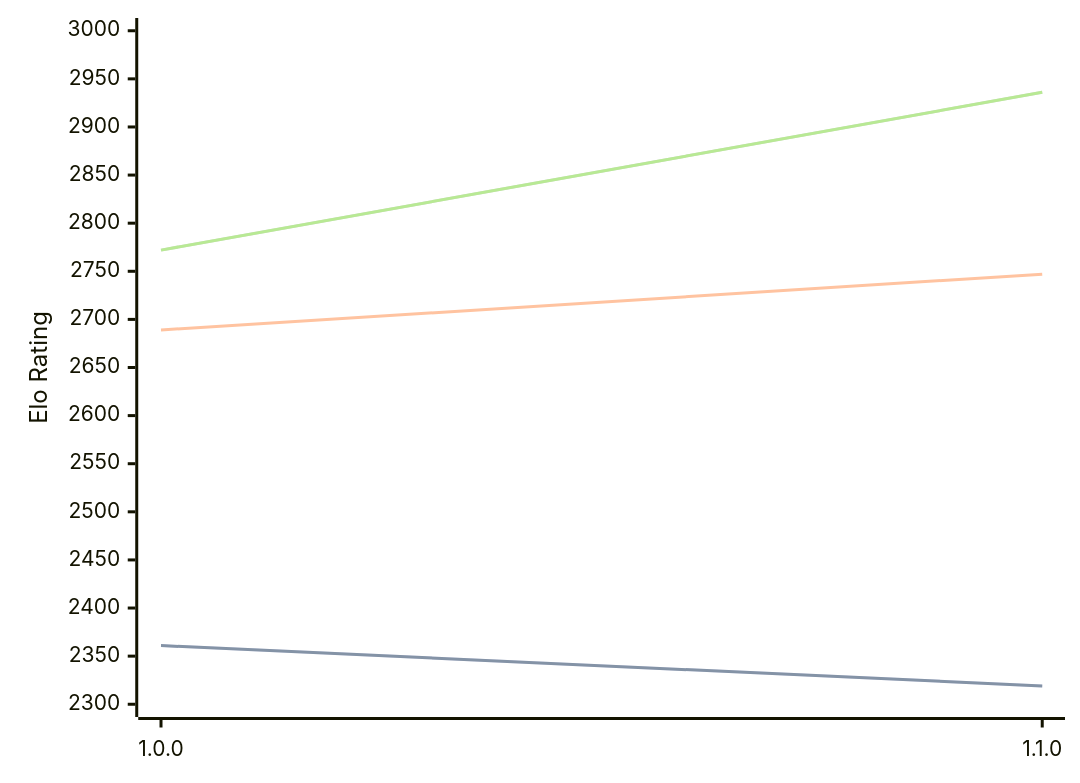
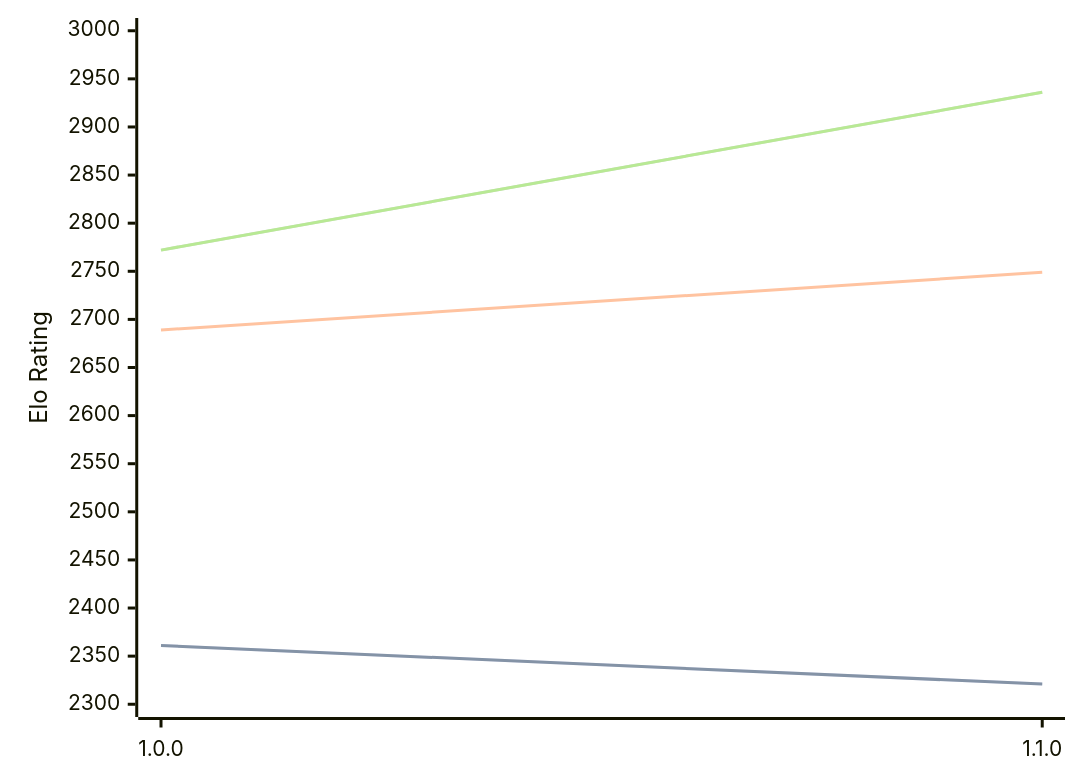
The diagram in engines/ShallowGuess.md (computer-chess-index/cci), drawn with Mermaid before and after one commit. The commit also changed other lines of this file, not shown here.

Commit message:
Update CCI Ratings (ELO VLTC) - 2026-04-10

````diff
--- a/engines/ShallowGuess.md
+++ b/engines/ShallowGuess.md
@@ -36,11 +36,11 @@
 ```mermaid
 %%{init: {"theme":"base","themeVariables":{"seriesColors:['#a3a3a3','#222221','#faa371']}}}%%
 xychart-beta
   x-axis ["1.0.0", "1.1.0"]
   y-axis "Elo Rating" 2300 --> 3000
-  line "STC (8.0+0.08s)" [2361, 2319]
-  line "STC (8.0+0.08s)" [2361, 2319]
-  line "LTC (60.0+0.60s)" [2689, 2747]
+  line "STC (8.0+0.08s)" [2361, 2321]
+  line "STC (8.0+0.08s)" [2361, 2321]
+  line "LTC (60.0+0.60s)" [2689, 2749]
   line "VLTC (2m24s+1.12s)" [2772, 2936]
   line "VLTC (2m24s+1.12s)" [2772, 2936]
 ```
````
